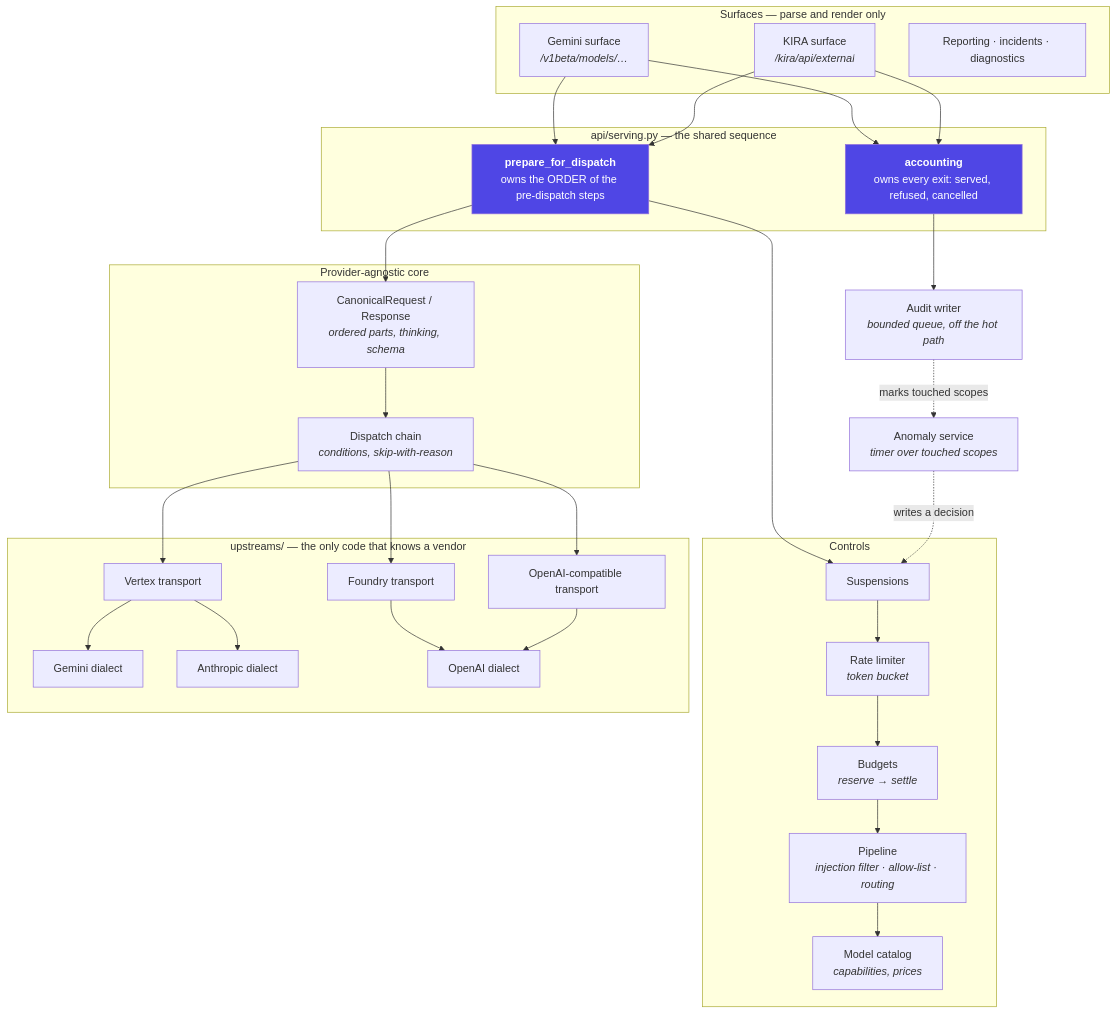
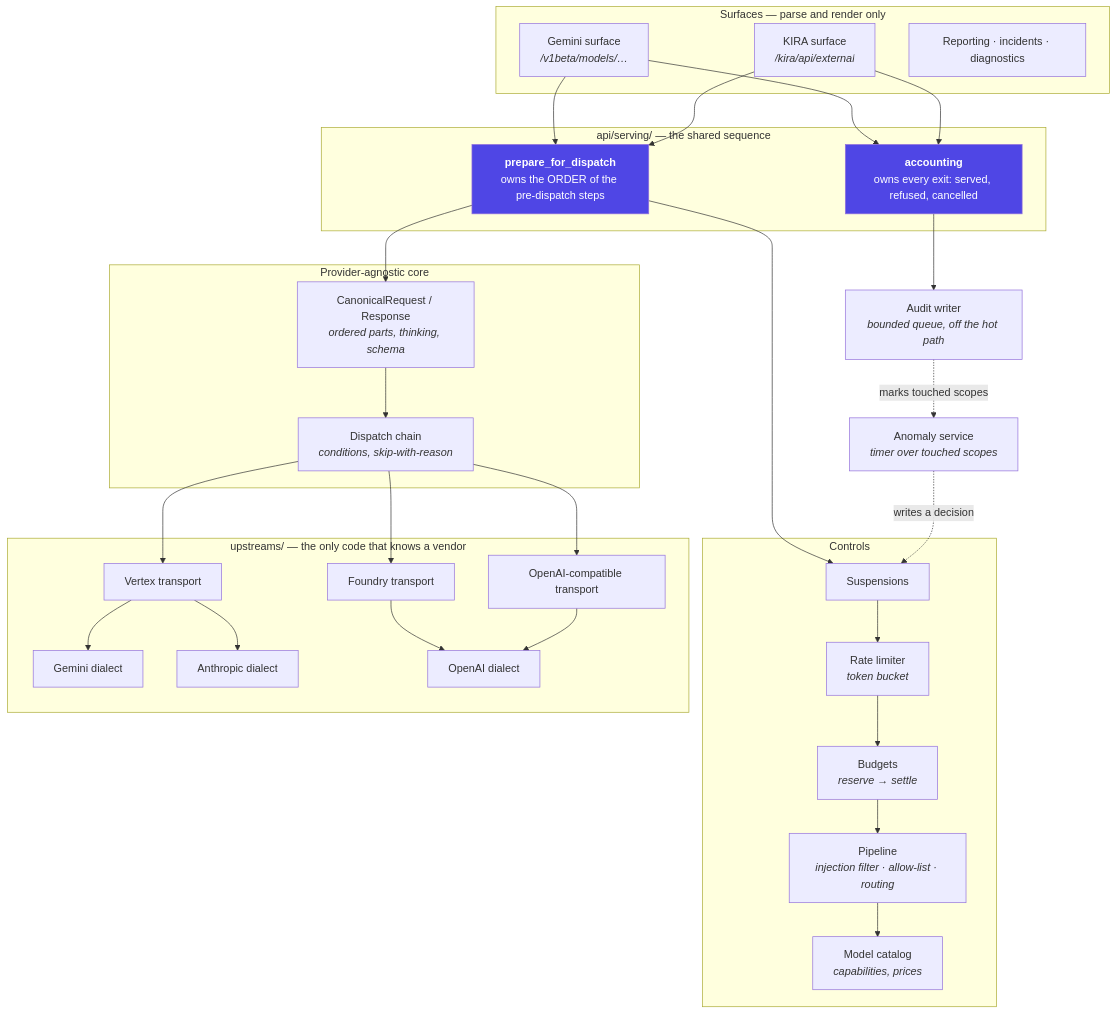
Before and after one commit to InigoImago/AIRA-Gateway: the third of 5 diagrams in docs/ARCHITECTURE.md, drawn with Mermaid. The commit also changed 403 other files, not shown here.

````diff
--- a/docs/ARCHITECTURE.md
+++ b/docs/ARCHITECTURE.md
@@ -176,56 +176,56 @@
 ```mermaid
 graph TB
     subgraph surfaces["Surfaces — parse and render only"]
         gemini["Gemini surface<br/><i>/v1beta/models/…</i>"]
         kira["KIRA surface<br/><i>/kira/api/external</i>"]
         ops["Reporting · incidents · diagnostics"]
     end
 
-    subgraph shared["api/serving.py — the shared sequence"]
+    subgraph shared["api/serving/ — the shared sequence"]
         prep["<b>prepare_for_dispatch</b><br/>owns the ORDER of the pre-dispatch steps"]
         acct["<b>accounting</b><br/>owns every exit: served, refused, cancelled"]
     end
 
     subgraph controls["Controls"]
         susp["Suspensions"]
         rl["Rate limiter<br/><i>token bucket</i>"]
         budget["Budgets<br/><i>reserve → settle</i>"]
         pipe["Pipeline<br/><i>injection filter · allow-list · routing</i>"]
         cat["Model catalog<br/><i>capabilities, prices</i>"]
     end
 
     subgraph core["Provider-agnostic core"]
         canon["CanonicalRequest / Response<br/><i>ordered parts, thinking, schema</i>"]
         chain["Dispatch chain<br/><i>conditions, skip-with-reason</i>"]
     end
 
     subgraph up["upstreams/ — the only code that knows a vendor"]
         vt["Vertex transport"]
         ft["Foundry transport"]
         ot["OpenAI-compatible transport"]
         gd["Gemini dialect"]
         ad["Anthropic dialect"]
         od["OpenAI dialect"]
     end
 
     audit["Audit writer<br/><i>bounded queue, off the hot path</i>"]
     anom["Anomaly service<br/><i>timer over touched scopes</i>"]
 
     gemini --> prep
     kira --> prep
     prep --> susp --> rl --> budget --> pipe --> cat
     prep --> canon
     canon --> chain
     chain --> vt & ft & ot
     vt --> gd & ad
     ft --> od
     ot --> od
     gemini --> acct
     kira --> acct
     acct --> audit
     audit -.->|"marks touched scopes"| anom
     anom -.->|"writes a decision"| susp
 
     style prep fill:#4f46e5,color:#fff
     style acct fill:#4f46e5,color:#fff
 ```
````
